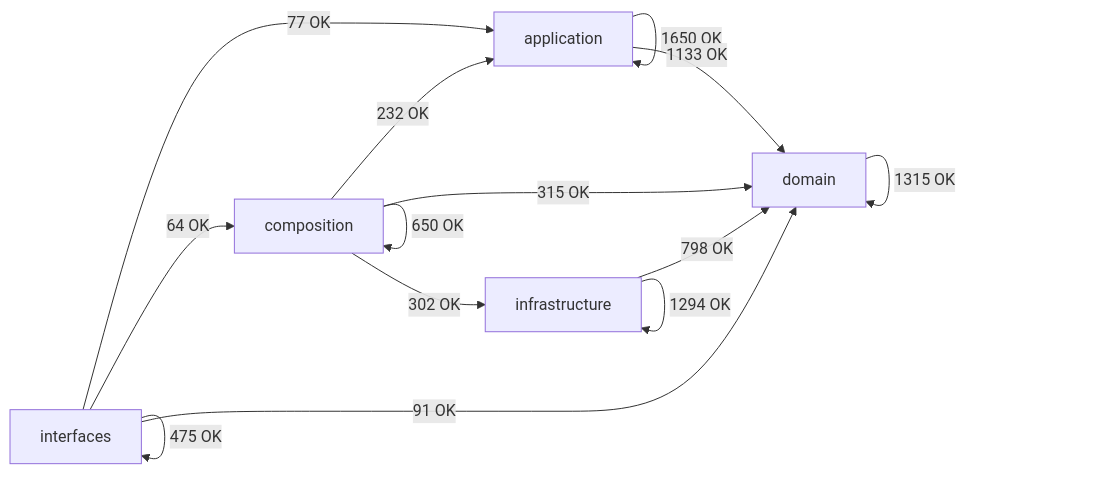
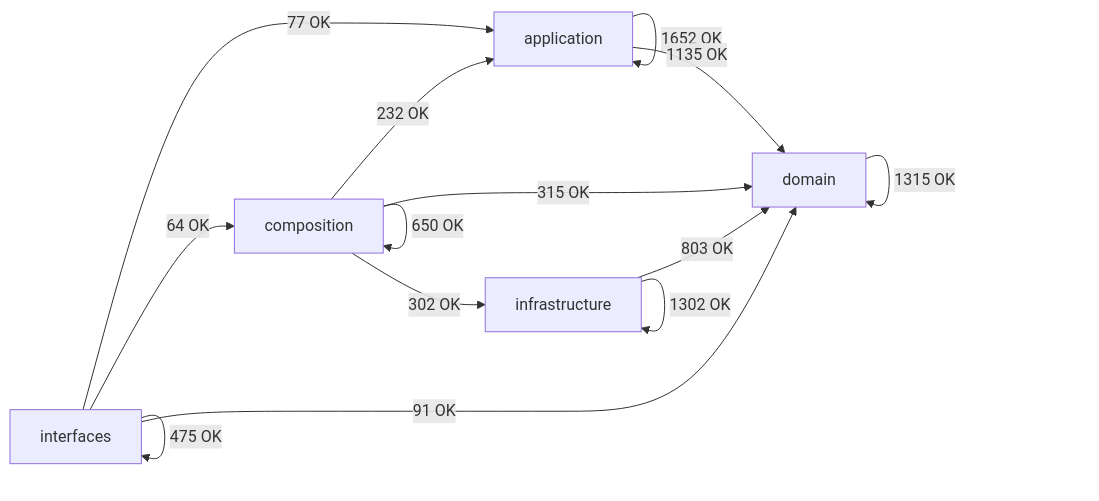
Before and after one commit to SatoryKono/BioactivityDataAcquisition: the diagram in docs/02-architecture/generated/module-dependency-map.md, drawn with Mermaid. The commit also changed other lines of this file and 4 other files, not shown here.

````diff
--- a/docs/02-architecture/generated/module-dependency-map.md
+++ b/docs/02-architecture/generated/module-dependency-map.md
@@ -17,21 +17,21 @@
 ```mermaid
 flowchart LR
     domain[domain]
     application[application]
     infrastructure[infrastructure]
     composition[composition]
     interfaces[interfaces]
-    application -->|1650 OK| application
-    application -->|1133 OK| domain
+    application -->|1652 OK| application
+    application -->|1135 OK| domain
     composition -->|232 OK| application
     composition -->|650 OK| composition
     composition -->|315 OK| domain
     composition -->|302 OK| infrastructure
     domain -->|1315 OK| domain
-    infrastructure -->|798 OK| domain
-    infrastructure -->|1294 OK| infrastructure
+    infrastructure -->|803 OK| domain
+    infrastructure -->|1302 OK| infrastructure
     interfaces -->|77 OK| application
     interfaces -->|64 OK| composition
     interfaces -->|91 OK| domain
     interfaces -->|475 OK| interfaces
 ```
````
